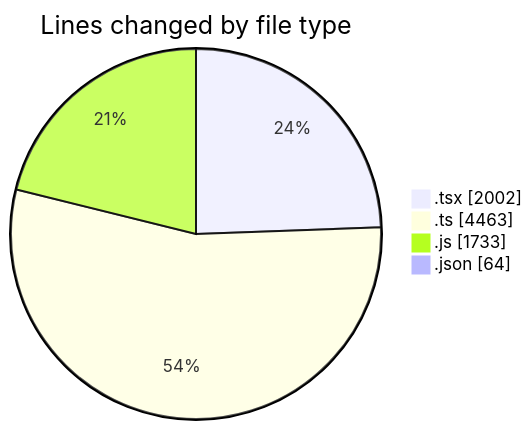
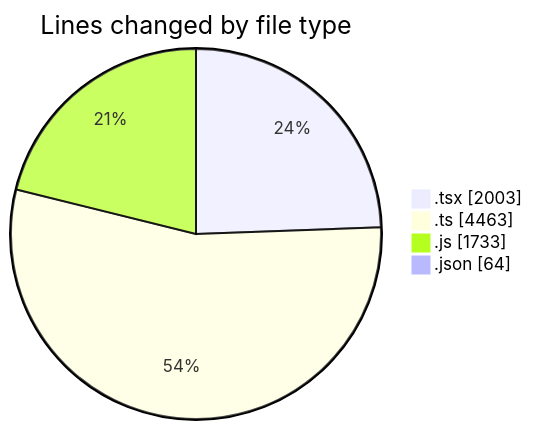
Before and after one commit to momahboobian/code-tracking: the first of 2 diagrams in 2026-07-30/cda/README.md, drawn with Mermaid. The commit also changed other lines of this file and 1 other file, not shown here.

````diff
--- a/2026-07-30/cda/README.md
+++ b/2026-07-30/cda/README.md
@@ -47,8 +47,8 @@
 ```mermaid
 pie showData
 title Lines changed by file type
-".tsx" : 2002
+".tsx" : 2003
 ".ts" : 4463
 ".js" : 1733
 ".json" : 64
 ```
````
